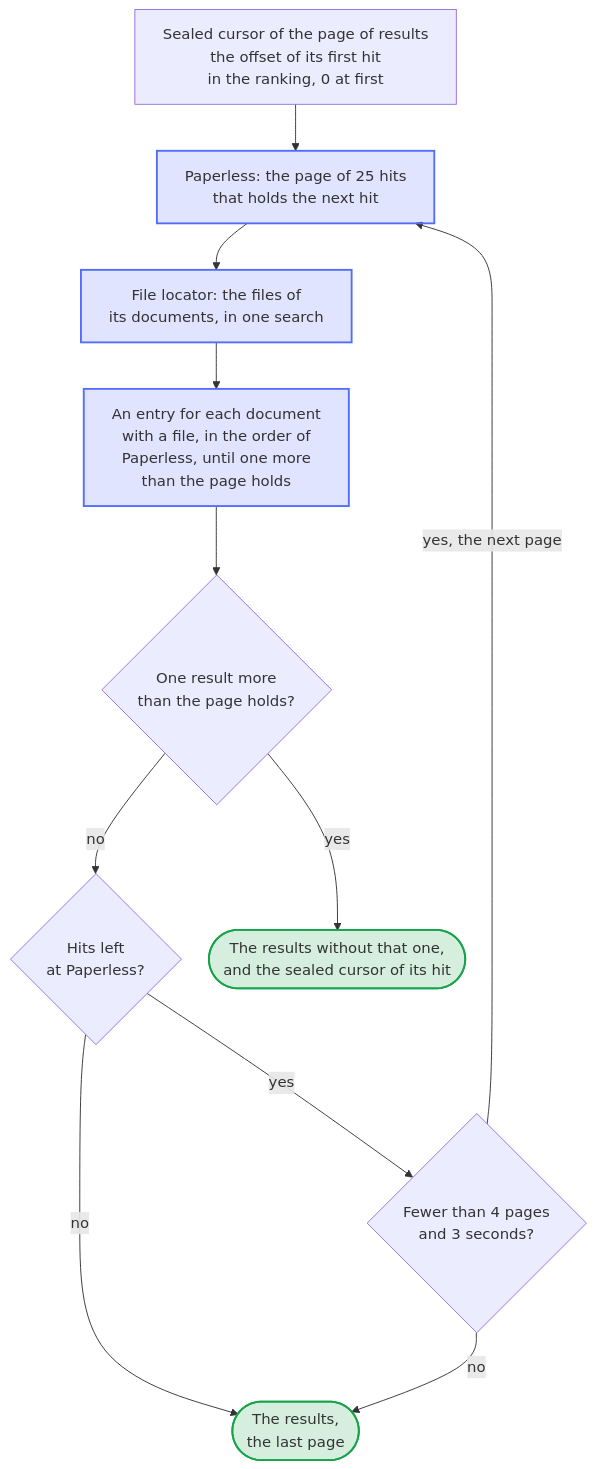
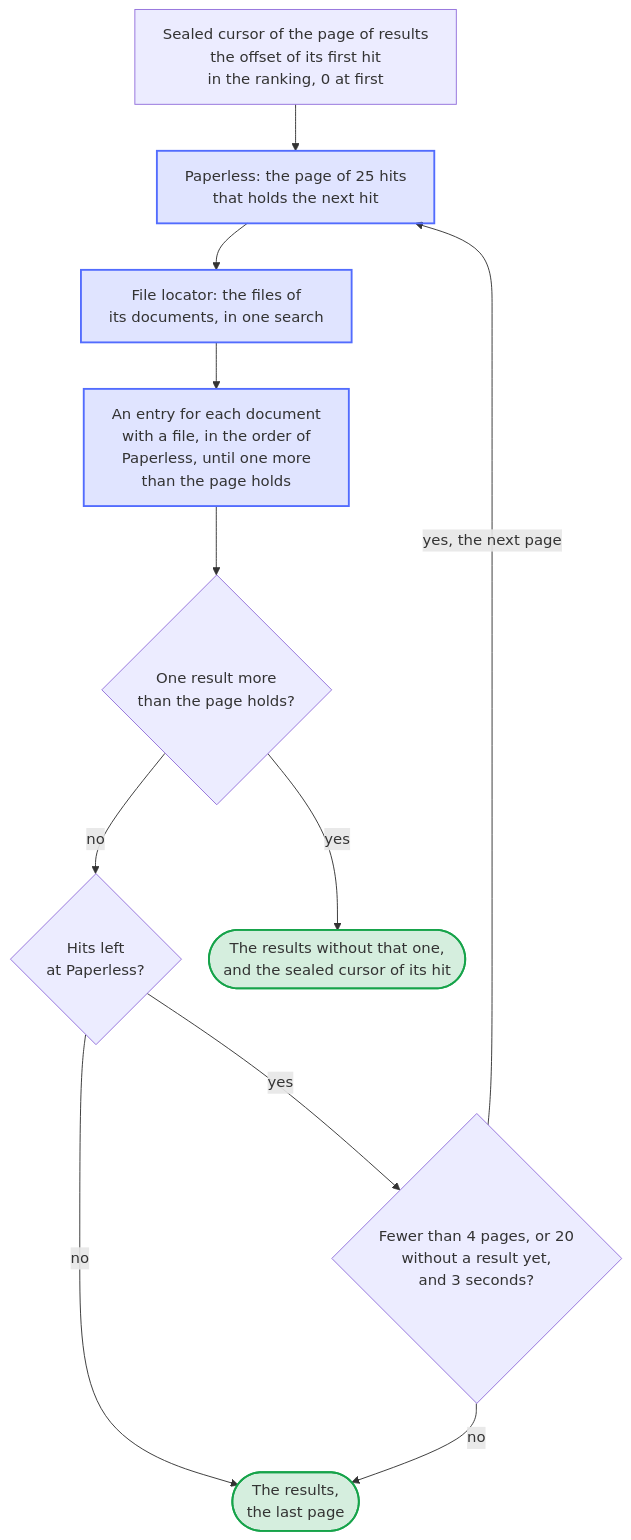
One commit to Dennis-Otto/paperless-unified-search changed the diagram in docs/diagrams/filling-a-page-of-results.mmd. Above: the diagram before and after it, drawn with Mermaid. The commit also changed 24 other files, not shown here.

First line of the commit message:
fix(search): search further while a page has no result (#422)

```diff
--- a/docs/diagrams/filling-a-page-of-results.mmd
+++ b/docs/diagrams/filling-a-page-of-results.mmd
@@ -1,32 +1,32 @@
 ---
 config:
   flowchart:
     wrappingWidth: 400
     nodeSpacing: 30
 ---
 flowchart TB
     accTitle: Filling a page of results
-    accDescr: The sealed cursor of a page of results names the offset of its first hit in the ranking of Paperless, 0 for the first page; a cursor that the app didn't hand out for this user and question finds nothing. The provider asks Paperless for the page of 25 hits that holds this hit and the file locator for the files of its documents, in one search. It goes through the hits in their order and makes an entry of each document with a file, until it has one result more than the page holds. When it has, the results go back without that one, with the sealed cursor of its hit. Otherwise, when no hit is left at Paperless, the results are the last page. Otherwise it asks Paperless for its next page, as long as it asked for fewer than 4 pages and for less than 3 seconds; after that, the results are the last page as well.
+    accDescr: The sealed cursor of a page of results names the offset of its first hit in the ranking of Paperless, 0 for the first page; a cursor that the app didn't hand out for this user and question finds nothing. The provider asks Paperless for the page of 25 hits that holds this hit and the file locator for the files of its documents, in one search. It goes through the hits in their order and makes an entry of each document with a file, until it has one result more than the page holds. When it has, the results go back without that one, with the sealed cursor of its hit. Otherwise, when no hit is left at Paperless, the results are the last page. Otherwise it asks Paperless for its next page, as long as it asked for fewer than 4 pages, or 20 while it has no result yet, and for less than 3 seconds; after that, the results are the last page as well.
 
     cursor["Sealed cursor of the page of results<br>the offset of its first hit<br>in the ranking, 0 at first"]
     ask["Paperless: the page of 25 hits<br>that holds the next hit"]
     files["File locator: the files of<br>its documents, in one search"]
     take["An entry for each document<br>with a file, in the order of<br>Paperless, until one more<br>than the page holds"]
     ahead{"One result more<br>than the page holds?"}
     hits{"Hits left<br>at Paperless?"}
-    budget{"Fewer than 4 pages<br>and 3 seconds?"}
+    budget{"Fewer than 4 pages, or 20<br>without a result yet,<br>and 3 seconds?"}
     next(["The results without that one,<br>and the sealed cursor of its hit"])
     last(["The results,<br>the last page"])
 
     cursor --> ask --> files --> take --> ahead
     ahead -- "yes" --> next
     ahead -- "no" --> hits
     hits -- "no" --> last
     hits -- "yes" --> budget
     budget -- "yes, the next page" --> ask
     budget -- "no" --> last
 
     classDef app fill:#526cfe2e,stroke:#526cfe,stroke-width:2px
     classDef yes fill:#16a34a2e,stroke:#16a34a,stroke-width:2px
     class ask,files,take app
     class next,last yes
```
